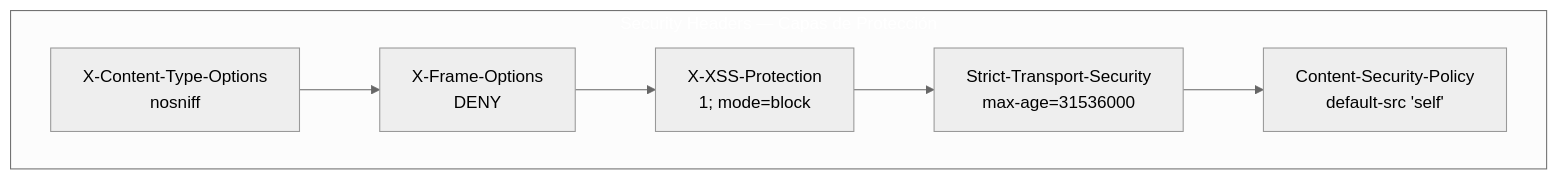
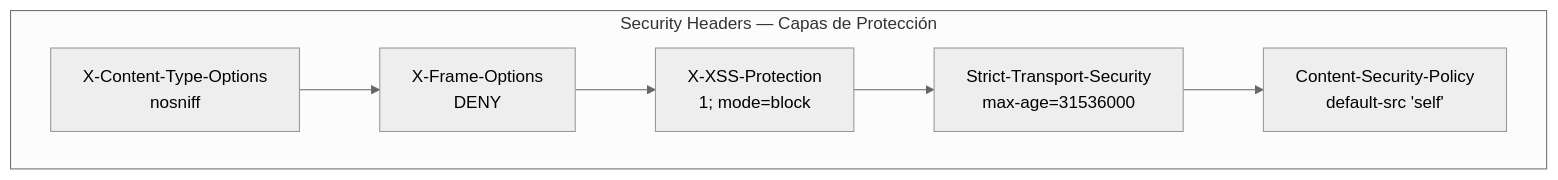
One commit to joseluisgs/DesarrolloWebEntornosServidor-01-2026-2027 changed the sixth of 7 diagrams in 24-seguridad.md. Above: the diagram before and after it, drawn with Mermaid (neutral theme). The commit also changed 15 other files, not shown here.

Commit message:
docs: quitar el relleno a los subgraf de los diagramas y corregir comillas y rayas sueltas

````diff
--- a/24-seguridad.md
+++ b/24-seguridad.md
@@ -501,11 +501,10 @@
 ```mermaid
 graph TB
     subgraph HEADERS["Security Headers — Capas de Protección"]
         H1["X-Content-Type-Options<br/>nosniff"] --> H2["X-Frame-Options<br/>DENY"]
         H2 --> H3["X-XSS-Protection<br/>1; mode=block"]
         H3 --> H4["Strict-Transport-Security<br/>max-age=31536000"]
         H4 --> H5["Content-Security-Policy<br/>default-src 'self'"]
     end
 
-    style HEADERS fill:#4CAF5,color:#fff0,color:#fff
 ```
````
